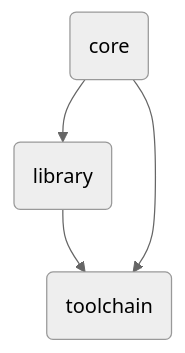
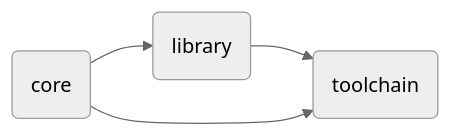
One commit to annhilati/beetsmith changed the diagram in DEVELOPER.md. Above: the diagram before and after it, drawn with Mermaid (neutral theme). The commit also changed 4 other files, not shown here.

````diff
--- a/DEVELOPER.md
+++ b/DEVELOPER.md
@@ -20,6 +20,6 @@
 ```mermaid
-graph TD
+graph LR
     core(core) --> library(library)
     library --> toolchain
     core --> toolchain(toolchain)
 ```
````
